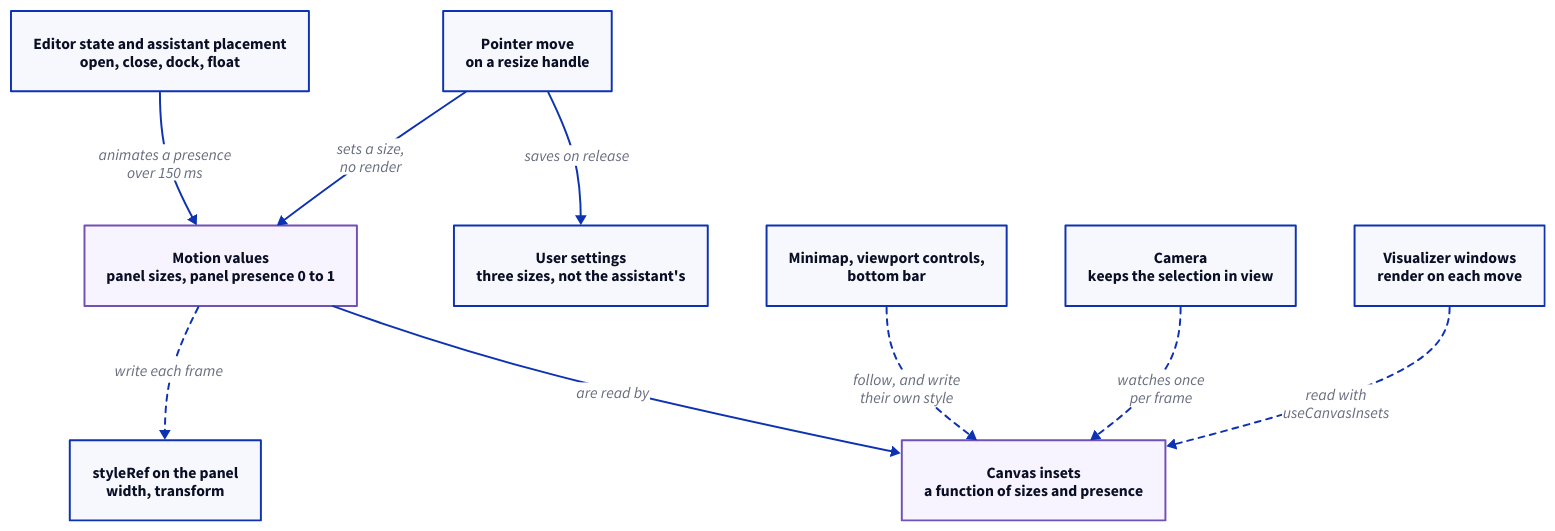
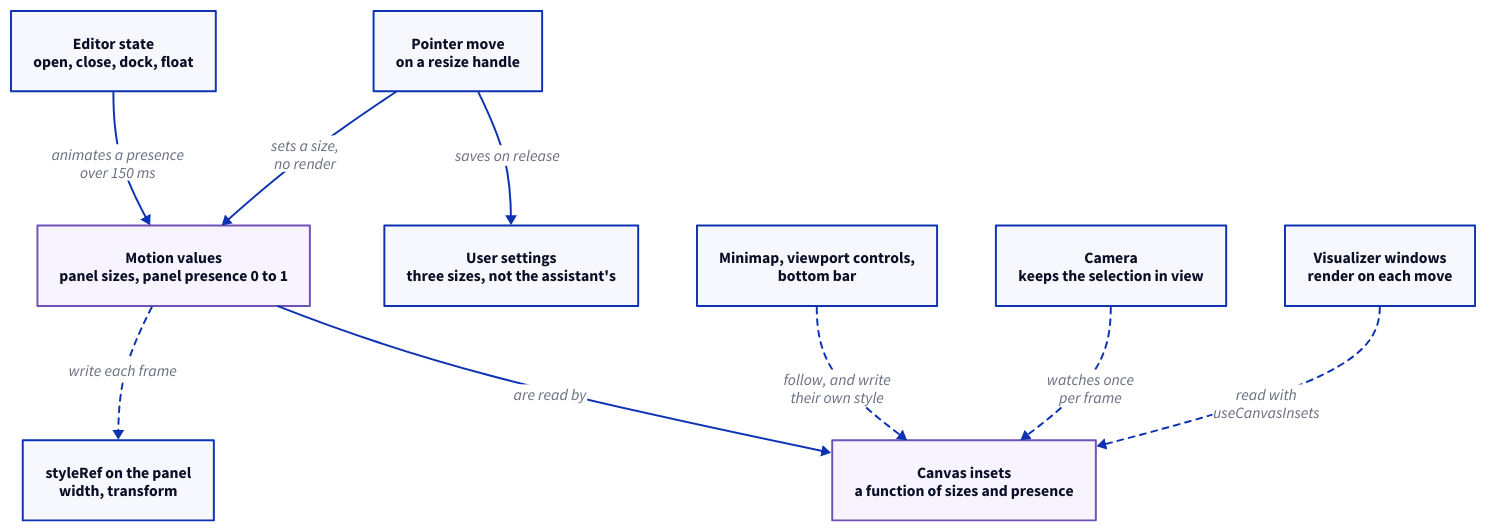
Before and after one commit to hashintel/hash: the diagram in libs/@hashintel/petrinaut/src/react/state/panel-geometry.d2, drawn with D2. The commit also changed 12 other files, not shown here.

First line of the commit message:
FE-2319: Keep the assistant's placement in the editor state

```diff
--- a/libs/@hashintel/petrinaut/src/react/state/panel-geometry.d2
+++ b/libs/@hashintel/petrinaut/src/react/state/panel-geometry.d2
@@ -1,34 +1,34 @@
 # Hand-written; rendered by the arch-docs build.
 direction: down
 
 vars: {
   d2-legend: {
     a -> b: sets a value, or reads one when asked
     a -> b: follows a value once per frame {style.stroke-dash: 3}
     a.style.opacity: 0
     b.style.opacity: 0
   }
 }
 
 classes: {
   value: {style.fill: "#f7f4ff"; style.stroke: "#7051b5"}
 }
 
-toggle: "Editor state and assistant placement\nopen, close, dock, float"
+toggle: "Editor state\nopen, close, dock, float"
 drag: "Pointer move\non a resize handle"
 geometry: "Motion values\npanel sizes, panel presence 0 to 1" {class: value}
 settings: "User settings\nthree sizes, not the assistant's"
 panel: "styleRef on the panel\nwidth, transform"
 insets: "Canvas insets\na function of sizes and presence" {class: value}
 followers: "Minimap, viewport controls,\nbottom bar"
 camera: "Camera\nkeeps the selection in view"
 windows: "Visualizer windows\nrender on each move"
 
 toggle -> geometry: "animates a presence\nover 150 ms"
 drag -> geometry: "sets a size,\nno render"
 drag -> settings: "saves on release"
 geometry -> panel: "write each frame" {style.stroke-dash: 3}
 geometry -> insets: "are read by"
 followers -> insets: "follow, and write\ntheir own style" {style.stroke-dash: 3}
 camera -> insets: "watches once\nper frame" {style.stroke-dash: 3}
 windows -> insets: "read with\nuseCanvasInsets" {style.stroke-dash: 3}
```
